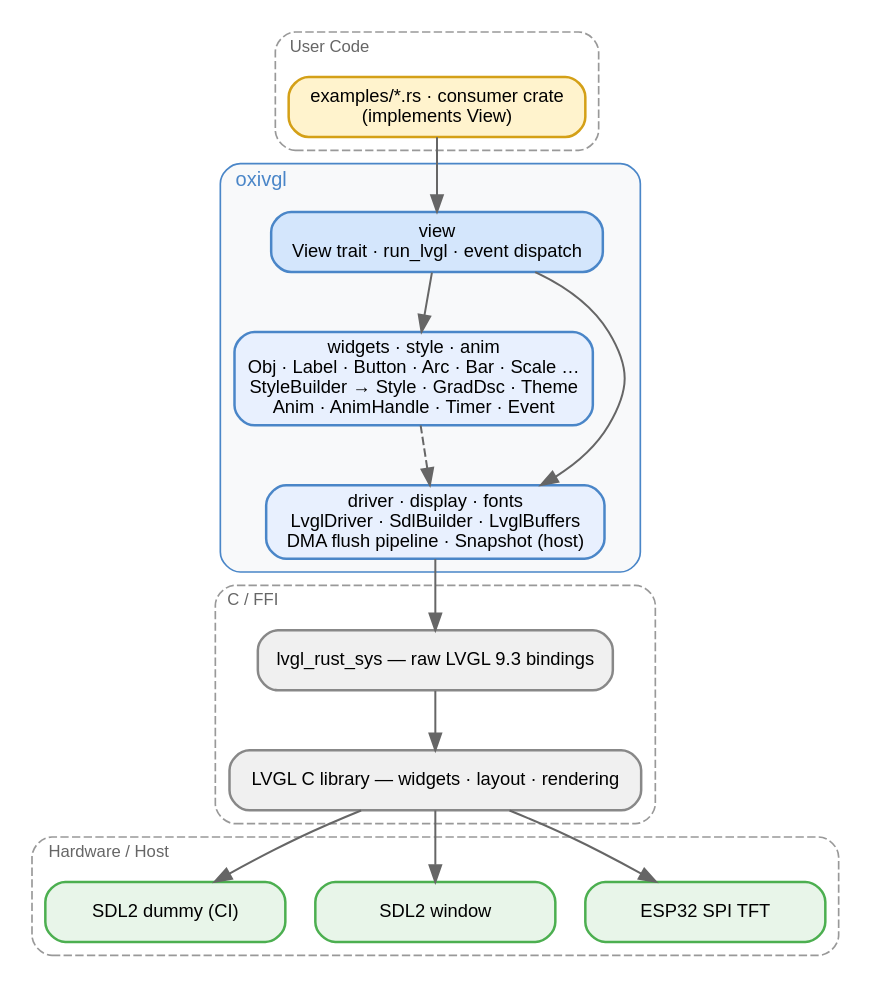
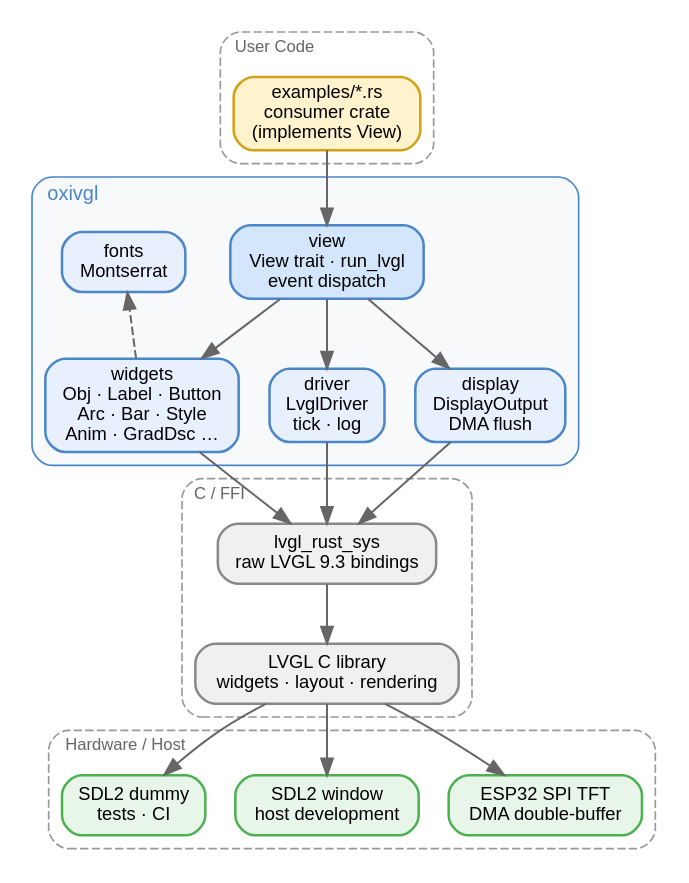
One commit to emobotics-dev/oxivgl changed the diagram in docs/architecture.dot. Above: the diagram before and after it, drawn with Graphviz. The commit also changed 1 other file, not shown here.

Commit message:
docs: update architecture diagram and add Key Types section
Regenerated arch diagram from .dot source with current module names
(driver, display, style, anim, timer, snapshot). Replaced View-only
code snippet with comprehensive Key Types tables covering all major
public types grouped by category.

```diff
--- a/docs/architecture.dot
+++ b/docs/architecture.dot
@@ -1,72 +1,83 @@
 // oxivgl architecture — generate SVG with: dot -Tsvg architecture.dot -o architecture.svg
 digraph architecture {
     rankdir=TB
     fontname="sans-serif"
     node [fontname="sans-serif" fontsize=11 shape=box style="rounded,filled"
-          penwidth=1.5 width=2]
+          penwidth=1.5]
     edge [color="#666666" penwidth=1.2]
-    compound=true
 
     // ── User code ────────────────────────────────────────────────
     subgraph cluster_user {
         label="User Code" labeljust=l fontsize=10 fontcolor="#666666"
         style="dashed,rounded" color="#999999"
 
-        app [label="examples/*.rs · consumer crate\n(implements View)"
+        app [label="examples/*.rs\nconsumer crate\n(implements View)"
              fillcolor="#fff3cd" color="#d4a017"]
     }
 
     // ── oxivgl crate ─────────────────────────────────────────────
     subgraph cluster_oxivgl {
         label="oxivgl" labeljust=l fontsize=12 fontcolor="#4a86c8"
         style="rounded,filled" fillcolor="#f8f9fa" color="#4a86c8"
 
-        view [label="view\nView trait · run_lvgl · event dispatch"
+        view [label="view\nView trait · run_lvgl\nevent dispatch"
               fillcolor="#d4e6fc" color="#4a86c8"]
 
-        widgets [label="widgets · style · anim\nObj · Label · Button · Arc · Bar · Scale …\nStyleBuilder → Style · GradDsc · Theme\nAnim · AnimHandle · Timer · Event"
+        driver [label="driver\nLvglDriver\ntick · log"
+                fillcolor="#e8f0fe" color="#4a86c8"]
+
+        display [label="display\nDisplayOutput\nDMA flush"
                  fillcolor="#e8f0fe" color="#4a86c8"]
 
-        driver [label="driver · display · fonts\nLvglDriver · SdlBuilder · LvglBuffers\nDMA flush pipeline · Snapshot (host)"
-                fillcolor="#e8f0fe" color="#4a86c8"]
+        widgets [label="widgets\nObj · Label · Button\nArc · Bar · Style\nAnim · GradDsc …"
+                 fillcolor="#e8f0fe" color="#4a86c8"]
+
+        fonts [label="fonts\nMontserrat"
+               fillcolor="#e8f0fe" color="#4a86c8"]
     }
 
     // ── C / FFI ──────────────────────────────────────────────────
     subgraph cluster_ffi {
         label="C / FFI" labeljust=l fontsize=10 fontcolor="#666666"
         style="dashed,rounded" color="#999999"
 
-        sys [label="lvgl_rust_sys — raw LVGL 9.3 bindings"
+        sys [label="lvgl_rust_sys\nraw LVGL 9.3 bindings"
              fillcolor="#f0f0f0" color="#888888"]
 
-        lvgl_c [label="LVGL C library — widgets · layout · rendering"
+        lvgl_c [label="LVGL C library\nwidgets · layout · rendering"
                 fillcolor="#f0f0f0" color="#888888"]
     }
 
     // ── Hardware / Host ──────────────────────────────────────────
     subgraph cluster_hw {
         label="Hardware / Host" labeljust=l fontsize=10 fontcolor="#666666"
         style="dashed,rounded" color="#999999"
 
-        esp [label="ESP32 SPI TFT"
+        esp [label="ESP32 SPI TFT\nDMA double-buffer"
              fillcolor="#e8f5e9" color="#4caf50"]
-        sdl [label="SDL2 window"
+        sdl [label="SDL2 window\nhost development"
              fillcolor="#e8f5e9" color="#4caf50"]
-        dummy [label="SDL2 dummy (CI)"
+        dummy [label="SDL2 dummy\ntests · CI"
                fillcolor="#e8f5e9" color="#4caf50"]
     }
 
     // ── Edges ────────────────────────────────────────────────────
     app -> view
+
+    view -> driver
+    view -> display
     view -> widgets
-    view -> driver
-    widgets -> driver [style=dashed]
 
-    driver -> sys
+    // fonts floats — dashed dep from widgets, no rank constraint
+    widgets -> fonts [style=dashed constraint=false]
+
+    driver  -> sys
+    display -> sys
+    widgets -> sys
 
     sys -> lvgl_c
 
     lvgl_c -> esp
     lvgl_c -> sdl
     lvgl_c -> dummy
 }
```
